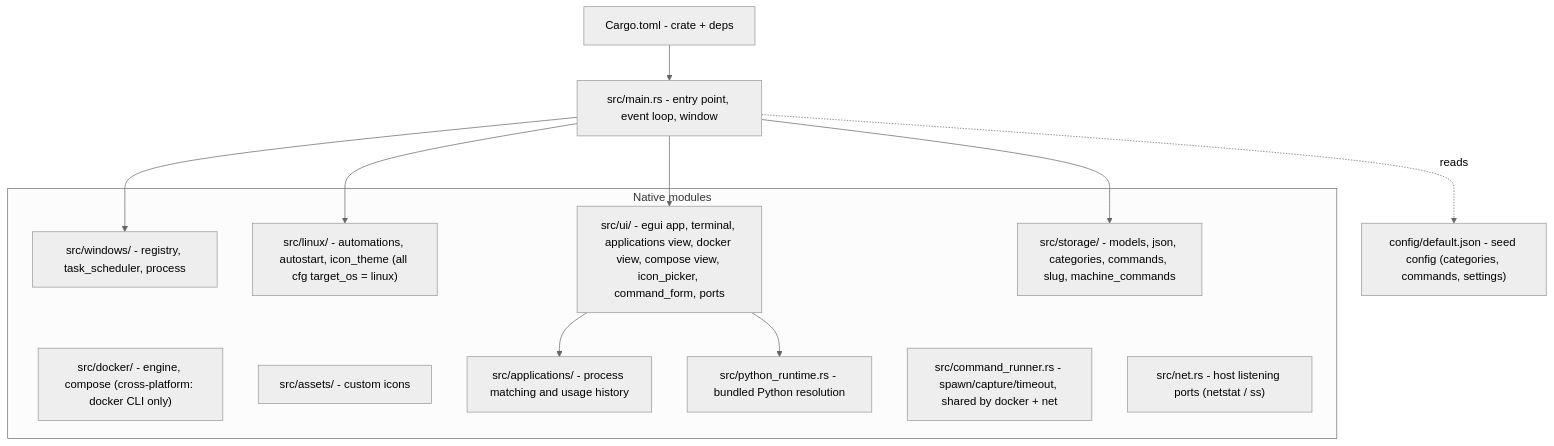
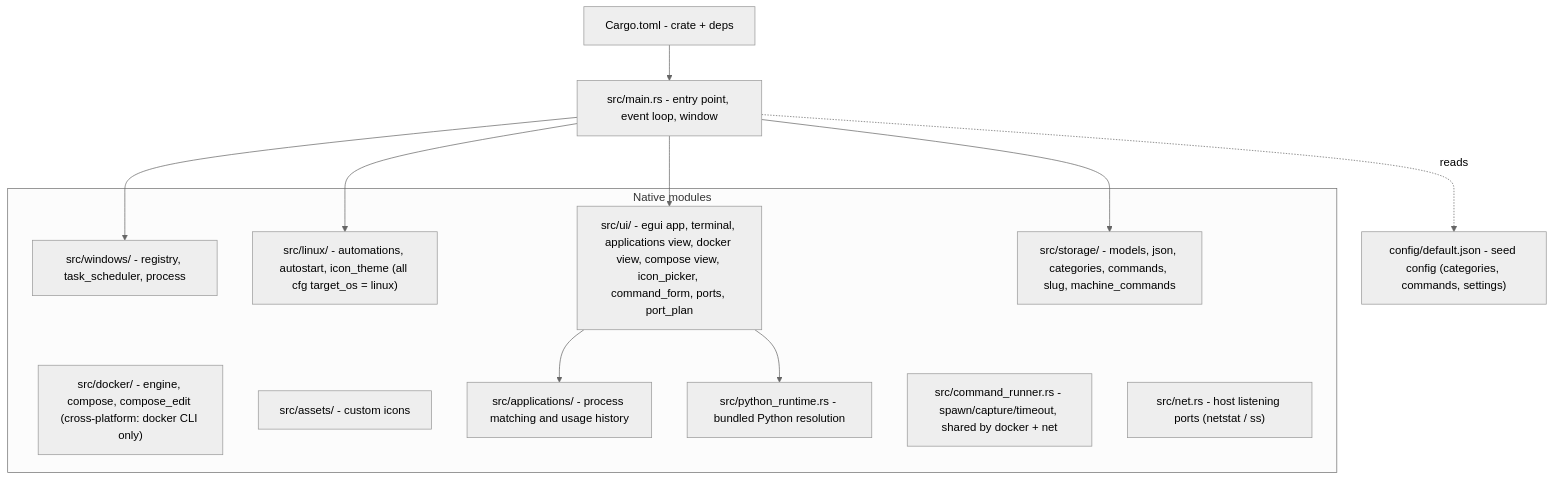
The diagram in aidd_docs/memory/codebase-map.md (RebelliousSmile/DevToolBox), drawn with Mermaid (neutral theme) before and after one commit. The commit also changed 8 other files, not shown here.

First line of the commit message:
feat(docker): plan and apply port reassignments across compose files

````diff
--- a/aidd_docs/memory/codebase-map.md
+++ b/aidd_docs/memory/codebase-map.md
@@ -6,29 +6,29 @@
 ```mermaid
 flowchart TD
     MAIN["src/main.rs - entry point, event loop, window"]
     CFG["config/default.json - seed config (categories, commands, settings)"]
     CARGO["Cargo.toml - crate + deps"]
 
     MAIN -.reads.-> CFG
     CARGO --> MAIN
 
     subgraph Native["Native modules"]
         WINMOD["src/windows/ - registry, task_scheduler, process"]
         LINMOD["src/linux/ - automations, autostart, icon_theme (all cfg target_os = linux)"]
-        DOCKMOD["src/docker/ - engine, compose (cross-platform: docker CLI only)"]
-        UIMOD["src/ui/ - egui app, terminal, applications view, docker view, compose view, icon_picker, command_form, ports"]
+        DOCKMOD["src/docker/ - engine, compose, compose_edit (cross-platform: docker CLI only)"]
+        UIMOD["src/ui/ - egui app, terminal, applications view, docker view, compose view, icon_picker, command_form, ports, port_plan"]
         STOREMOD["src/storage/ - models, json, categories, commands, slug, machine_commands"]
         ASSETS["src/assets/ - custom icons"]
         APPMOD["src/applications/ - process matching and usage history"]
         PYRUN["src/python_runtime.rs - bundled Python resolution"]
         RUNNER["src/command_runner.rs - spawn/capture/timeout, shared by docker + net"]
         NETMOD["src/net.rs - host listening ports (netstat / ss)"]
     end
 
     MAIN --> WINMOD
     MAIN --> LINMOD
     MAIN --> UIMOD
     MAIN --> STOREMOD
     UIMOD --> APPMOD
     UIMOD --> PYRUN
 ```
````
